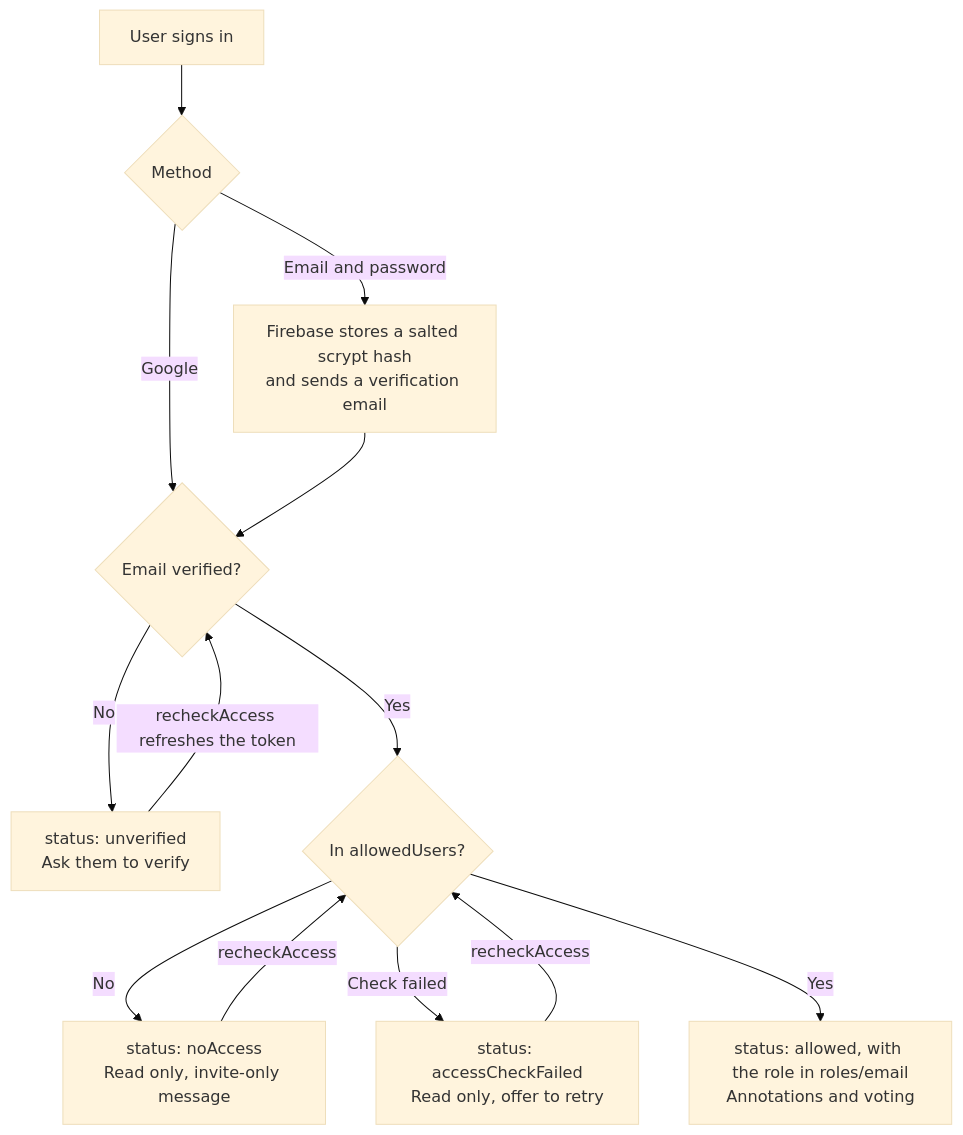
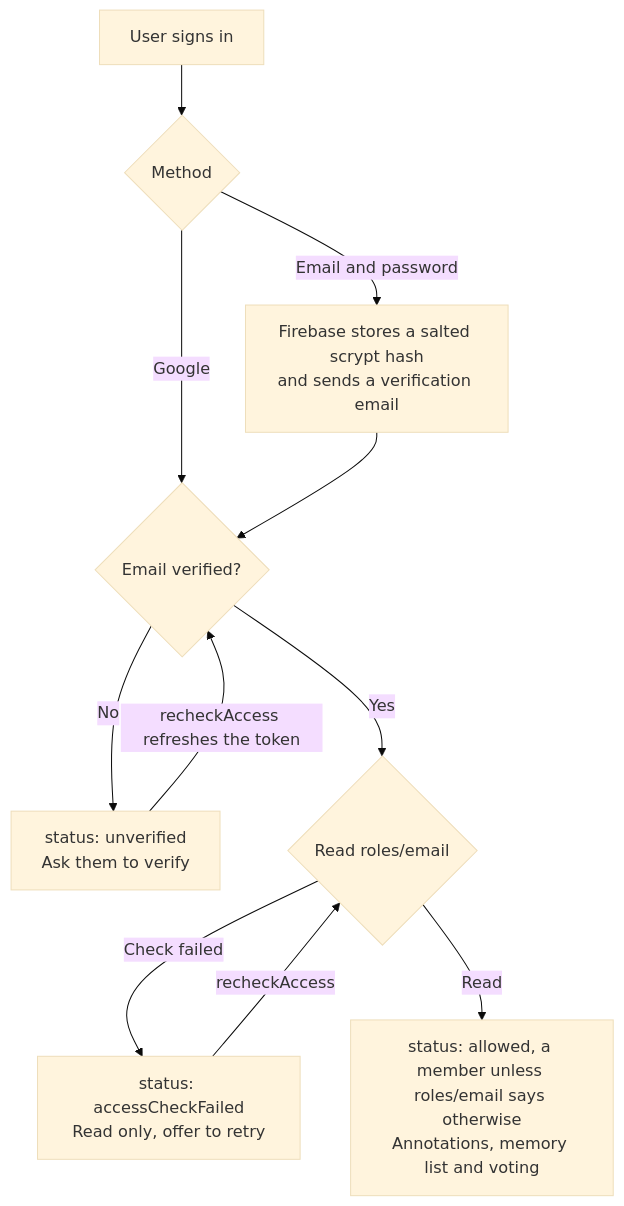
One commit to Valiance-Studios/bible-center changed diagram 17 of 24 in ARCHITECTURE.md. Above: the diagram before and after it, drawn with Mermaid (base theme). The commit also changed other lines of this file and 48 other files, not shown here.

First line of the commit message:
Open sign-up to anyone with a verified email (#35)

````diff
--- a/ARCHITECTURE.md
+++ b/ARCHITECTURE.md
@@ -616,15 +616,13 @@
 ```mermaid
 flowchart TD
   start["User signs in"] --> method{"Method"}
   method -- "Google" --> verified{"Email verified?"}
   method -- "Email and password" --> register["Firebase stores a salted scrypt hash<br/>and sends a verification email"]
   register --> verified
   verified -- "No" --> prompt["status: unverified<br/>Ask them to verify"]
   prompt -- "recheckAccess refreshes the token" --> verified
-  verified -- "Yes" --> allowed{"In allowedUsers?"}
-  allowed -- "No" --> denied["status: noAccess<br/>Read only, invite-only message"]
-  allowed -- "Check failed" --> failed["status: accessCheckFailed<br/>Read only, offer to retry"]
-  allowed -- "Yes" --> access["status: allowed, with the role in roles/email<br/>Annotations and voting"]
-  denied -- "recheckAccess" --> allowed
-  failed -- "recheckAccess" --> allowed
+  verified -- "Yes" --> role{"Read roles/email"}
+  role -- "Check failed" --> failed["status: accessCheckFailed<br/>Read only, offer to retry"]
+  role -- "Read" --> access["status: allowed, a member unless roles/email says otherwise<br/>Annotations, memory list and voting"]
+  failed -- "recheckAccess" --> role
 ```
````
